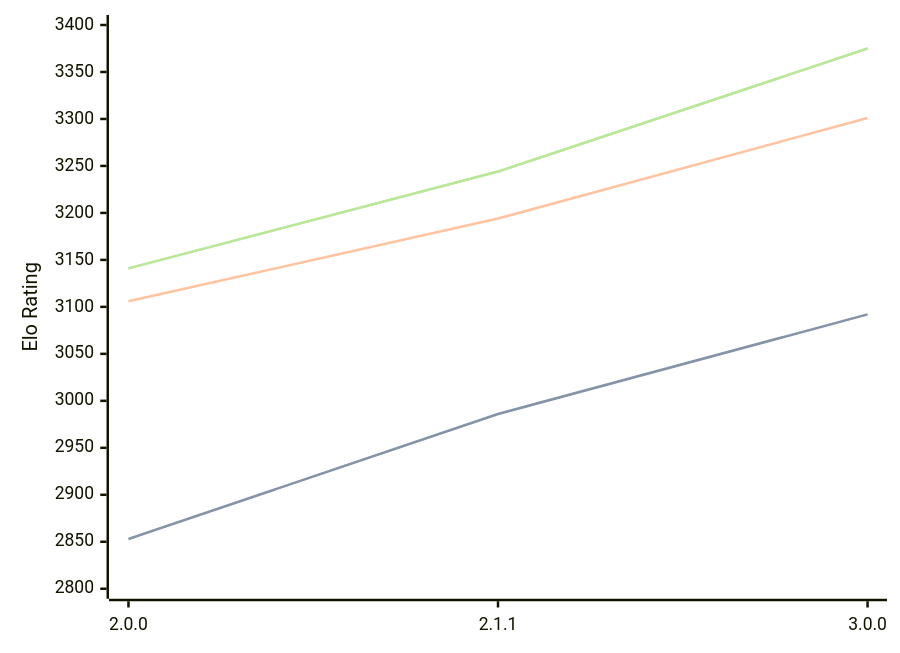
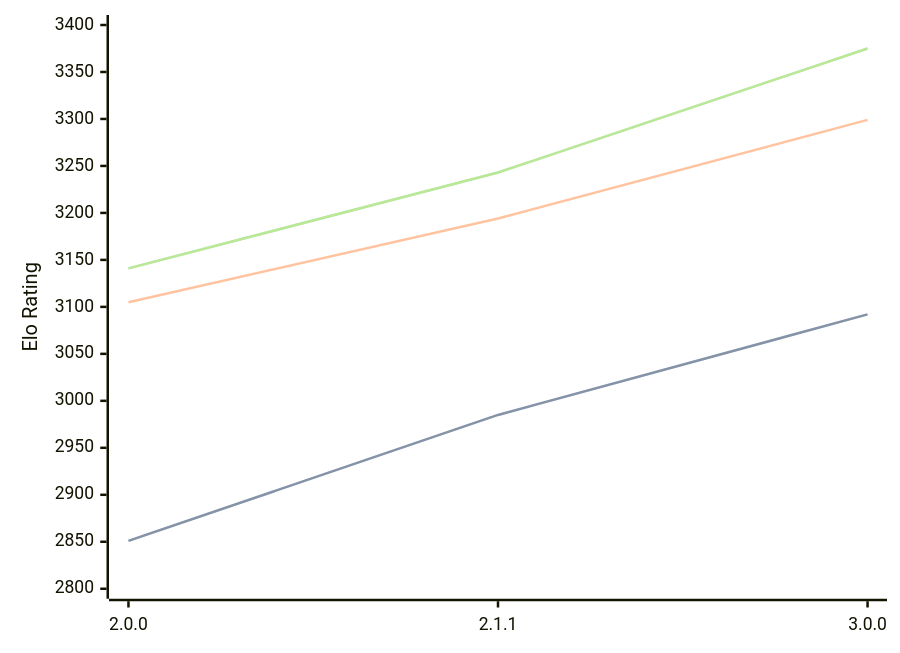
One commit to computer-chess-index/cci changed the diagram in engines/Bread.md. Above: the diagram before and after it, drawn with Mermaid. The commit also changed other lines of this file, not shown here.

Commit message:
Update CCI Ratings (ELO VLTC) - 2026-08-04

````diff
--- a/engines/Bread.md
+++ b/engines/Bread.md
@@ -53,11 +53,11 @@
 ```mermaid
 %%{init: {"theme":"base","themeVariables":{"seriesColors:['#a3a3a3','#222221','#faa371']}}}%%
 xychart-beta
   x-axis ["2.0.0", "2.1.1", "3.0.0"]
   y-axis "Elo Rating" 2800 --> 3400
-  line "STC (8.0+0.08s)" [2853, 2986, 3092]
-  line "STC (8.0+0.08s)" [2853, 2986, 3092]
-  line "LTC (60.0+0.60s)" [3106, 3194, 3301]
-  line "VLTC (2m24s+1.12s)" [3141, 3244, 3375]
-  line "VLTC (2m24s+1.12s)" [3141, 3244, 3375]
+  line "STC (8.0+0.08s)" [2851, 2985, 3092]
+  line "STC (8.0+0.08s)" [2851, 2985, 3092]
+  line "LTC (60.0+0.60s)" [3105, 3194, 3299]
+  line "VLTC (2m24s+1.12s)" [3141, 3243, 3375]
+  line "VLTC (2m24s+1.12s)" [3141, 3243, 3375]
 ```
````
